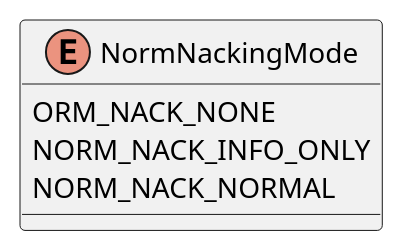
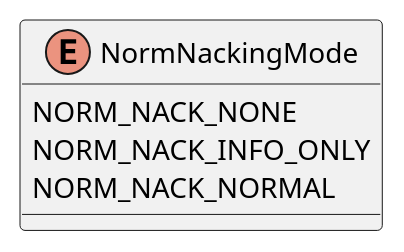
The diagram in src/dotnet/design/Mil/Navy/Nrl/Norm/Enums/NormNackingMode.puml (USNavalResearchLaboratory/norm), drawn with PlantUML before and after one commit. The commit also changed 41 other files, not shown here.

```diff
--- a/src/dotnet/design/Mil/Navy/Nrl/Norm/Enums/NormNackingMode.puml
+++ b/src/dotnet/design/Mil/Navy/Nrl/Norm/Enums/NormNackingMode.puml
@@ -1,7 +1,7 @@
 @startuml
 enum NormNackingMode {
-    ORM_NACK_NONE
+    NORM_NACK_NONE
     NORM_NACK_INFO_ONLY
     NORM_NACK_NORMAL
 }
 @enduml
```
